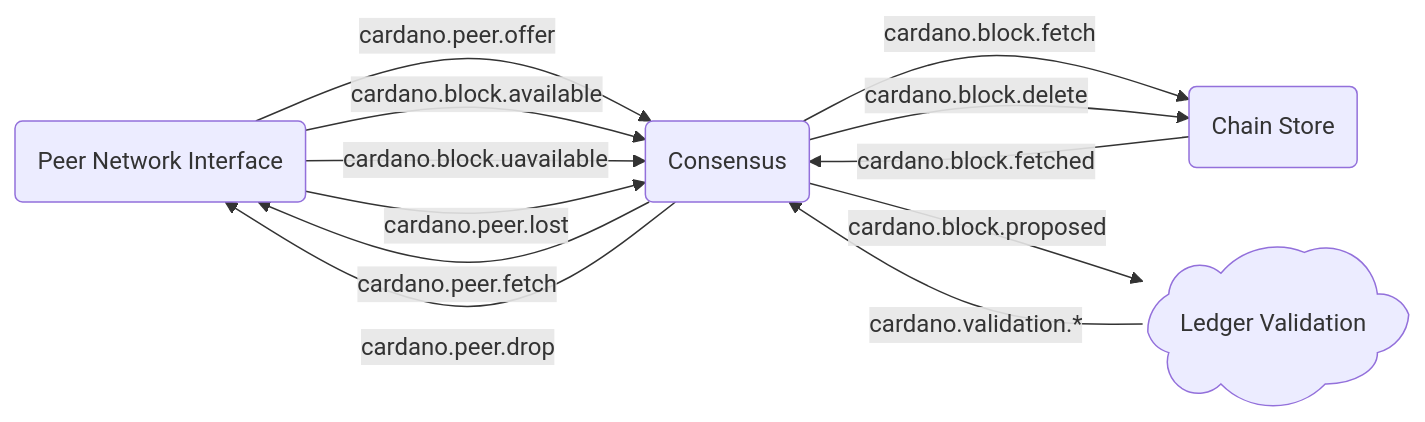
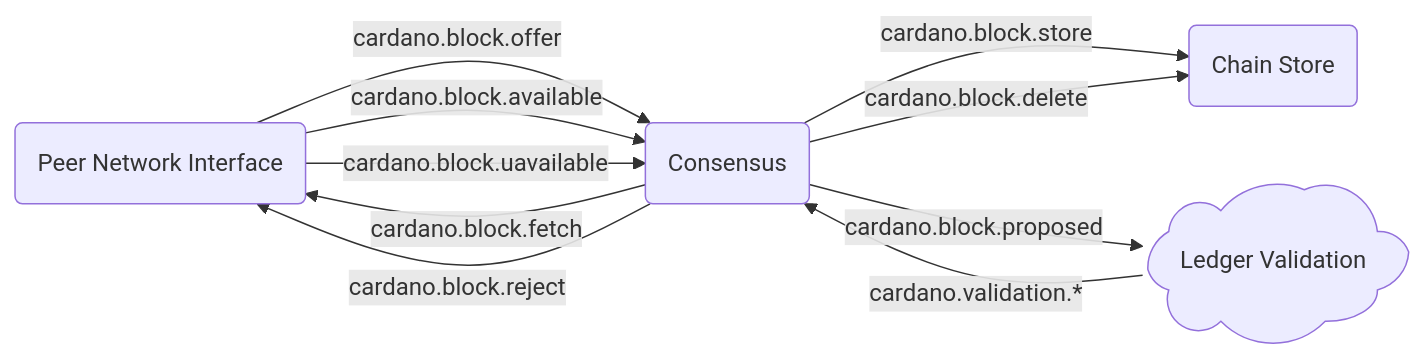
Before and after one commit to input-output-hk/acropolis: the diagram in docs/architecture/system-multi-peer-consensus.md, drawn with Mermaid. The commit also changed other lines of this file, not shown here.

First line of the commit message:
Rework consensus CON/PNI interface

````diff
--- a/docs/architecture/system-multi-peer-consensus.md
+++ b/docs/architecture/system-multi-peer-consensus.md
@@ -25,23 +25,23 @@
 ```mermaid
 flowchart LR
   PNI(Peer Network Interface)
   CON(Consensus)
   CS(Chain Store)
   CLOUD@{ shape: cloud, label: "Ledger Validation"}
 
-  PNI -- cardano.peer.offer --> CON
-  CON -- cardano.peer.fetch --> PNI
+  PNI -- cardano.block.offer --> CON
+  CON -- cardano.block.fetch --> PNI
   PNI -- cardano.block.available --> CON
   PNI -- cardano.block.uavailable --> CON
-  CON -- cardano.block.fetch --> CS
+  CON -- cardano.block.reject --> PNI
+
+  CON -- cardano.block.store --> CS
   CON -- cardano.block.delete --> CS
-  CS -- cardano.block.fetched --> CON
-  PNI -- cardano.peer.lost --> CON
-  CON -- cardano.peer.drop --> PNI
+
   CON -- cardano.block.proposed --> CLOUD
   CLOUD -- cardano.validation.* --> CON
 
   click PNI "https://github.com/input-output-hk/acropolis/tree/main/modules/peer_network_interface/"
   click CON "https://github.com/input-output-hk/acropolis/tree/main/modules/consensus/"
   click CS "https://github.com/input-output-hk/acropolis/tree/main/modules/chain_store/"
 ```
````
